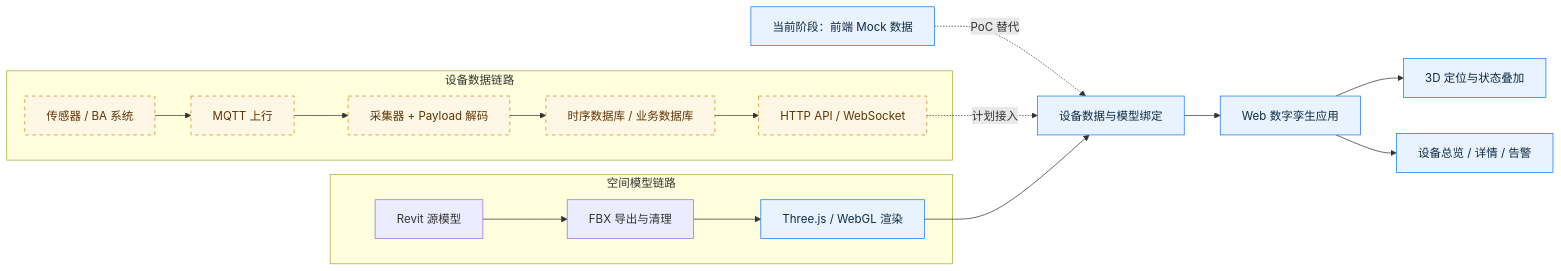
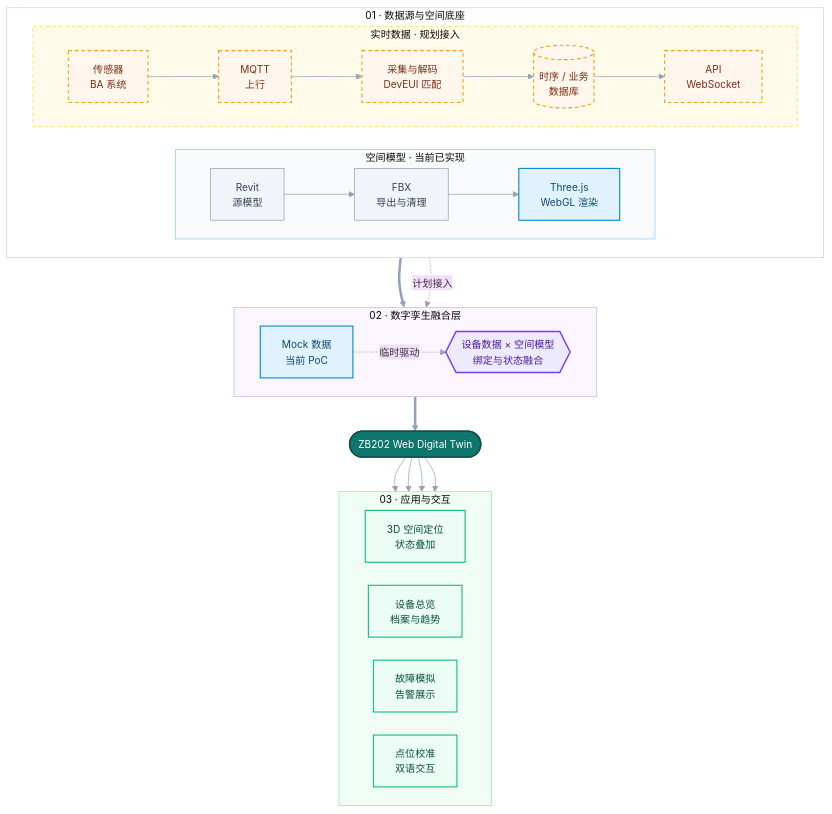
Before and after one commit to LYUml/ZB202_DT: the diagram in README.md, drawn with Mermaid. The commit also changed 1 other file, not shown here.

Commit message:
update mermaid

````diff
--- a/README.md
+++ b/README.md
@@ -29,26 +29,54 @@
 ```mermaid
-flowchart LR
-  subgraph MODEL["空间模型链路"]
-    RVT["Revit 源模型"] --> FBX["FBX 导出与清理"]
-    FBX --> THREE["Three.js / WebGL 渲染"]
+%%{init: {"theme": "base", "flowchart": {"curve": "basis", "nodeSpacing": 32, "rankSpacing": 48}, "themeVariables": {"fontFamily": "Inter, PingFang SC, Microsoft YaHei, sans-serif", "fontSize": "14px", "lineColor": "#94a3b8"}}}%%
+flowchart TB
+  subgraph SOURCES["01 · 数据源与空间底座"]
+    direction LR
+    subgraph MODEL["空间模型 · 当前已实现"]
+      direction LR
+      RVT["Revit<br/>源模型"] --> FBX["FBX<br/>导出与清理"] --> THREE["Three.js<br/>WebGL 渲染"]
+    end
+    subgraph DATA["实时数据 · 规划接入"]
+      direction LR
+      SENSOR["传感器<br/>BA 系统"] --> MQTT["MQTT<br/>上行"] --> SERVICE["采集与解码<br/>DevEUI 匹配"] --> DB[("时序 / 业务<br/>数据库")] --> API["API<br/>WebSocket"]
+    end
   end
 
-  subgraph DATA["设备数据链路"]
-    SENSOR["传感器 / BA 系统"] --> MQTT["MQTT 上行"]
-    MQTT --> COLLECTOR["采集器 + Payload 解码"]
-    COLLECTOR --> DB["时序数据库 / 业务数据库"]
-    DB --> API["HTTP API / WebSocket"]
+  subgraph CORE["02 · 数字孪生融合层"]
+    direction LR
+    MOCK["Mock 数据<br/>当前 PoC"] -. "临时驱动" .-> BIND{{"设备数据 × 空间模型<br/>绑定与状态融合"}}
+    THREE ==> BIND
+    API -. "计划接入" .-> BIND
   end
 
-  MOCK["当前阶段：前端 Mock 数据"] -. PoC 替代 .-> BIND
-  API -. 计划接入 .-> BIND["设备数据与模型绑定"]
-  THREE --> BIND
-  BIND --> APP["Web 数字孪生应用"]
-  APP --> VIEW["3D 定位与状态叠加"]
-  APP --> DASH["设备总览 / 详情 / 告警"]
+  BIND ==> APP(["ZB202 Web Digital Twin"])
 
-  classDef current fill:#e8f3ff,stroke:#1677ff,color:#102a43;
-  classDef planned fill:#fff7e6,stroke:#d48806,color:#613400,stroke-dasharray:5 5;
-  class THREE,MOCK,BIND,APP,VIEW,DASH current;
-  class SENSOR,MQTT,COLLECTOR,DB,API planned;
+  subgraph EXPERIENCE["03 · 应用与交互"]
+    direction LR
+    VIEW["3D 空间定位<br/>状态叠加"]
+    DASH["设备总览<br/>档案与趋势"]
+    ALERT["故障模拟<br/>告警展示"]
+    CALIBRATE["点位校准<br/>双语交互"]
+  end
+
+  APP --> VIEW & DASH & ALERT & CALIBRATE
+
+  classDef source fill:#f1f5f9,stroke:#94a3b8,color:#334155,stroke-width:1px;
+  classDef current fill:#e0f2fe,stroke:#0284c7,color:#0c4a6e,stroke-width:1.5px;
+  classDef planned fill:#fff7ed,stroke:#f59e0b,color:#7c2d12,stroke-width:1.5px,stroke-dasharray:5 4;
+  classDef core fill:#ede9fe,stroke:#7c3aed,color:#4c1d95,stroke-width:2px;
+  classDef product fill:#0f766e,stroke:#134e4a,color:#ffffff,stroke-width:2px;
+  classDef output fill:#ecfdf5,stroke:#10b981,color:#064e3b,stroke-width:1.5px;
+
+  class RVT,FBX source;
+  class THREE,MOCK current;
+  class SENSOR,MQTT,SERVICE,DB,API planned;
+  class BIND core;
+  class APP product;
+  class VIEW,DASH,ALERT,CALIBRATE output;
+
+  style SOURCES fill:#ffffff,stroke:#cbd5e1,stroke-width:1px
+  style MODEL fill:#f8fafc,stroke:#7dd3fc,stroke-width:1px
+  style DATA fill:#fffbeb,stroke:#fcd34d,stroke-width:1px,stroke-dasharray:5 4
+  style CORE fill:#faf5ff,stroke:#c4b5fd,stroke-width:1px
+  style EXPERIENCE fill:#f0fdf4,stroke:#86efac,stroke-width:1px
 ```
````
